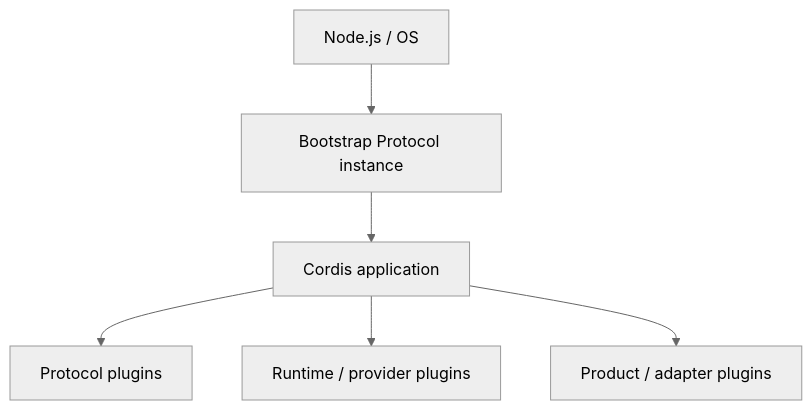
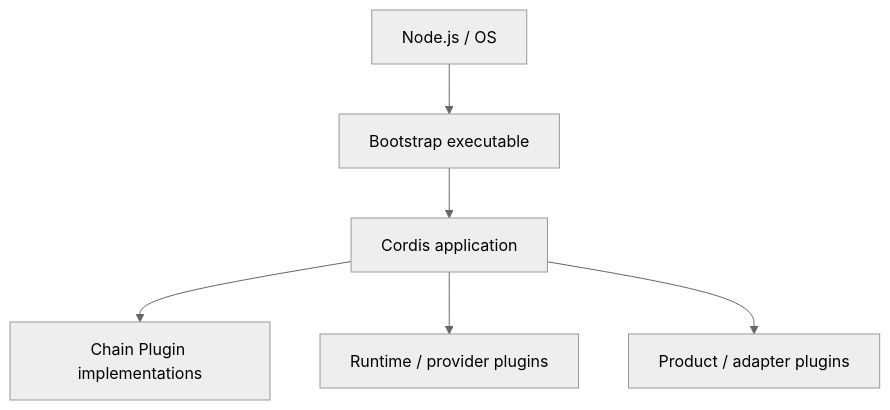
Before and after one commit to labourchain/repository: the first of 4 diagrams in docs/architecture.md, drawn with Mermaid (neutral theme). The commit also changed other lines of this file, not shown here.

Commit message:
docs: align Bootstrap architecture with chain Plugin model

````diff
--- a/docs/architecture.md
+++ b/docs/architecture.md
@@ -33,15 +33,15 @@
 ```mermaid
 flowchart TD
     OS["Node.js / OS"]
-    Bootstrap["Bootstrap Protocol instance"]
+    Bootstrap["Bootstrap executable"]
     Cordis["Cordis application"]
-    Protocols["Protocol plugins"]
+    Chain["Chain Plugin implementations"]
     Runtime["Runtime / provider plugins"]
     Products["Product / adapter plugins"]
 
     OS --> Bootstrap
     Bootstrap --> Cordis
-    Cordis --> Protocols
+    Cordis --> Chain
     Cordis --> Runtime
     Cordis --> Products
 ```
````
